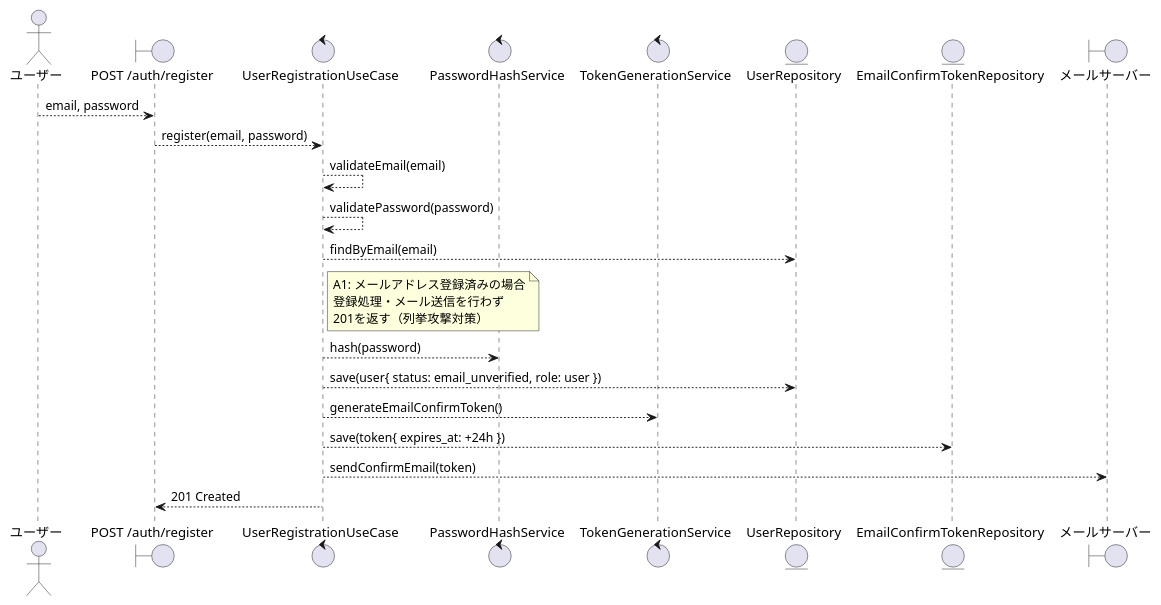
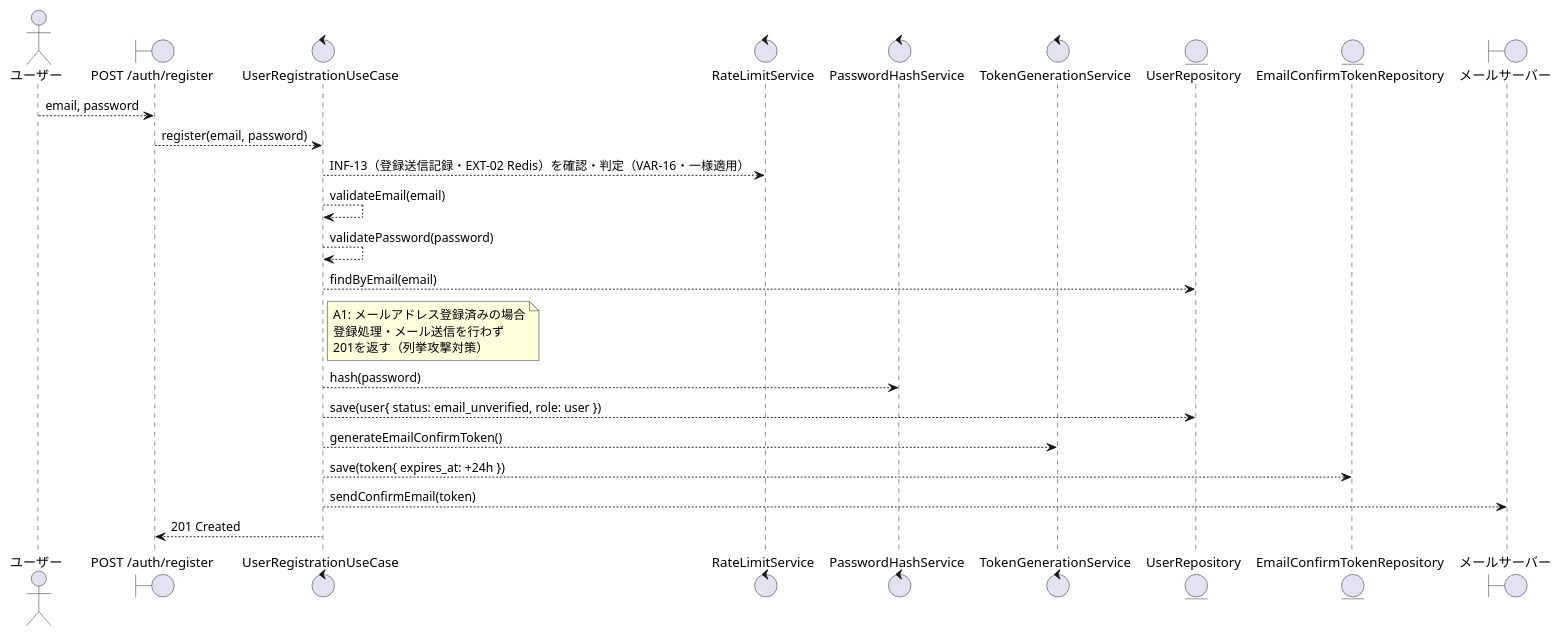
Before and after one commit to suunet/POC_HYDRA_AUTH: the first of 2 diagrams in .docs/design/buc/BUC-U01.md, drawn with PlantUML. The commit also changed other lines of this file and 7 other files, not shown here.

````diff
--- a/.docs/design/buc/BUC-U01.md
+++ b/.docs/design/buc/BUC-U01.md
@@ -69,39 +77,42 @@
 ```plantuml
 @startuml
 skinparam componentStyle rectangle
 skinparam backgroundColor White
 
 actor "ユーザー" as ユーザー
 
 boundary "POST /auth/register" as 登録API
 control "UserRegistrationUseCase" as ユースケース
+control "RateLimitService" as レート制限
 control "PasswordHashService" as ハッシュ化
 control "TokenGenerationService" as トークン生成
 entity "UserRepository" as ユーザーRepo
 entity "EmailConfirmTokenRepository" as 確認トークンRepo
 boundary "メールサーバー" as メールサーバー
 
 ユーザー --> 登録API : email, password
 
 登録API --> ユースケース : register(email, password)
+
+ユースケース --> レート制限 : INF-13（登録送信記録・EXT-02 Redis）を確認・判定（VAR-16・一様適用）
 
 ユースケース --> ユースケース : validateEmail(email)
 ユースケース --> ユースケース : validatePassword(password)
 ユースケース --> ユーザーRepo : findByEmail(email)
 
 note right of ユースケース
   A1: メールアドレス登録済みの場合
   登録処理・メール送信を行わず
   201を返す（列挙攻撃対策）
 end note
 
 ユースケース --> ハッシュ化 : hash(password)
 ユースケース --> ユーザーRepo : save(user{ status: email_unverified, role: user })
 ユースケース --> トークン生成 : generateEmailConfirmToken()
 ユースケース --> 確認トークンRepo : save(token{ expires_at: +24h })
 ユースケース --> メールサーバー : sendConfirmEmail(token)
 
 登録API <-- ユースケース : 201 Created
 
 @enduml
 ```
````
